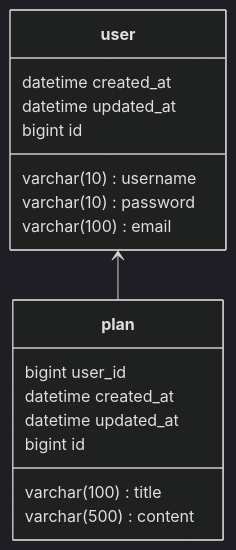
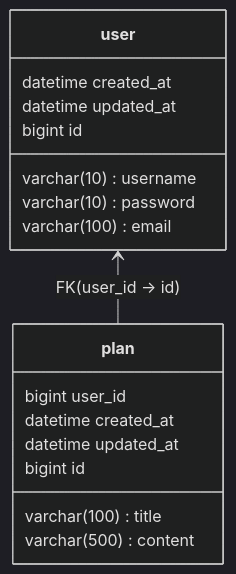
One commit to 34-43/SpartaPlanner changed the diagram in README.md. Above: the diagram before and after it, drawn with Mermaid (dark theme).

Commit message:
docs: README.md ERD 코드 수정

````diff
--- a/README.md
+++ b/README.md
@@ -251,22 +251,22 @@
 ```mermaid
 classDiagram
 direction BT
 class plan {
    bigint user_id
    varchar(100) title
    varchar(500) content
    datetime created_at
    datetime updated_at
    bigint id
 }
 class user {
    varchar(10) username
    varchar(10) password
    varchar(100) email
    datetime created_at
    datetime updated_at
    bigint id
 }
 
-plan  -->  user
+plan  -->  user : FK(user_id -> id)
 ```
````
